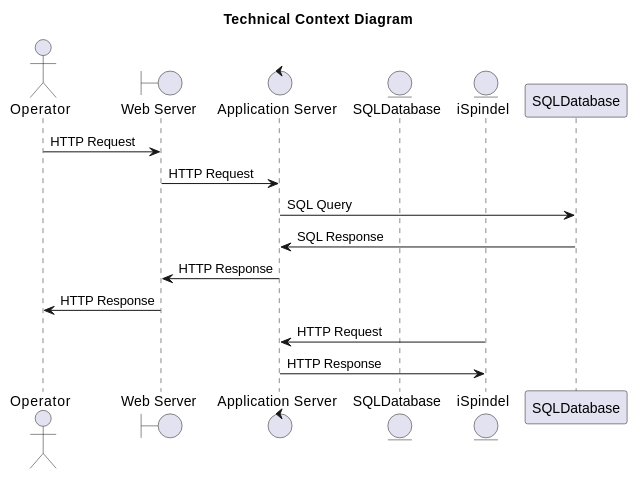
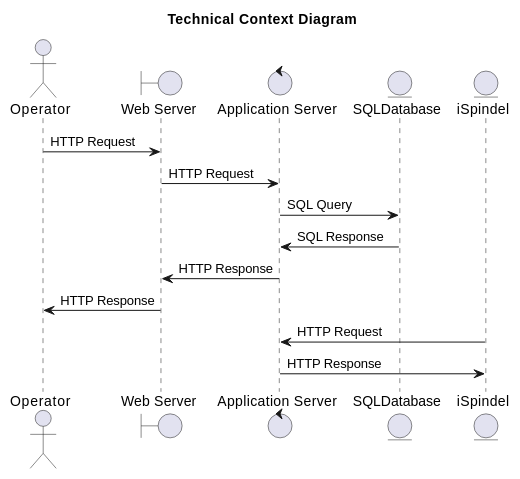
Before and after one commit to asbor/iu-project-software-engineering: the third of 5 diagrams in documents/01-Conception-Phase/00-HoppyBrew.md, drawn with PlantUML. The commit also changed 3 other files, not shown here.

```diff
--- a/documents/01-Conception-Phase/00-HoppyBrew.md
+++ b/documents/01-Conception-Phase/00-HoppyBrew.md
@@ -338,22 +338,22 @@
 @startuml 03-Context-View-Technical
 
 title Technical Context Diagram
 
 actor user as "Operator"
 boundary WebServer as "Web Server"
 control AppServer as "Application Server"
 entity Database as "SQLDatabase"
 entity ISpindel as "iSpindel"
 
 
 user -> WebServer : HTTP Request
 WebServer -> AppServer : HTTP Request
-AppServer -> SQLDatabase : SQL Query
-SQLDatabase -> AppServer : SQL Response
+AppServer -> Database : SQL Query
+Database -> AppServer : SQL Response
 AppServer -> WebServer : HTTP Response
 WebServer -> user : HTTP Response
 
 ISpindel -> AppServer : HTTP Request
 AppServer -> ISpindel : HTTP Response
 
 @enduml
```
